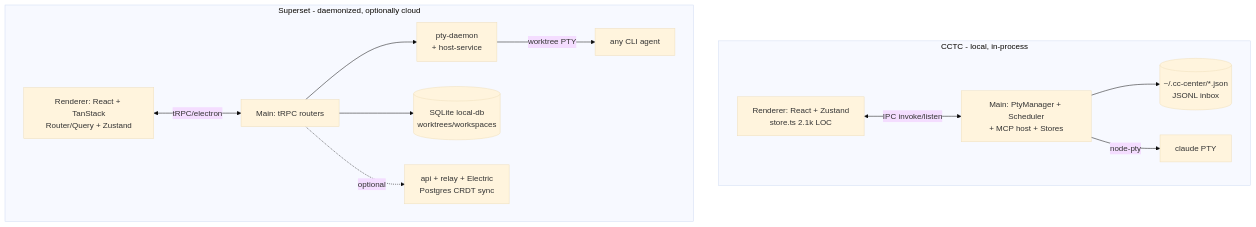
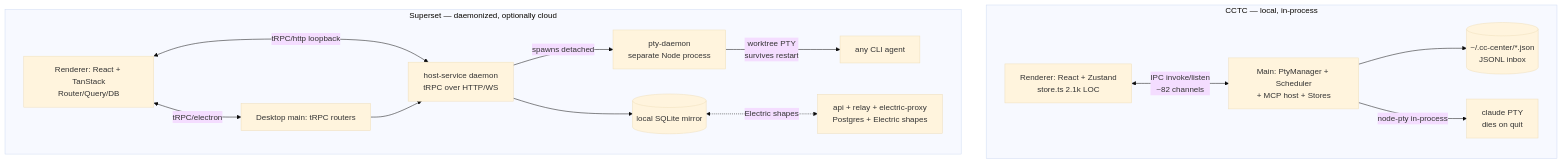
One commit to grebmann1/command-center changed the diagram in docs/superset-comparison.md. Above: the diagram before and after it, drawn with Mermaid (base theme). The commit also changed other lines of this file and 15 other files, not shown here.

````diff
--- a/docs/superset-comparison.md
+++ b/docs/superset-comparison.md
@@ -25,24 +28,27 @@
 ```mermaid
 graph TB
-    subgraph CCTC["CCTC - local, in-process"]
+    subgraph CCTC["CCTC — local, in-process"]
         R1[Renderer: React + Zustand<br/>store.ts 2.1k LOC]
         M1[Main: PtyManager + Scheduler<br/>+ MCP host + Stores]
         F1[(~/.cc-center/*.json<br/>JSONL inbox)]
-        R1 <-->|IPC invoke/listen| M1
+        R1 <-->|IPC invoke/listen<br/>~82 channels| M1
         M1 --> F1
-        M1 -->|node-pty| P1[claude PTY]
+        M1 -->|node-pty in-process| P1[claude PTY<br/>dies on quit]
     end
 
-    subgraph SS["Superset - daemonized, optionally cloud"]
-        R2[Renderer: React + TanStack<br/>Router/Query + Zustand]
-        M2[Main: tRPC routers]
-        D2[pty-daemon<br/>+ host-service]
-        DB2[(SQLite local-db<br/>worktrees/workspaces)]
-        Cloud[api + relay + Electric<br/>Postgres CRDT sync]
+    subgraph SS["Superset — daemonized, optionally cloud"]
+        R2[Renderer: React + TanStack<br/>Router/Query/DB]
+        M2[Desktop main: tRPC routers]
+        HS[host-service daemon<br/>tRPC over HTTP/WS]
+        D2[pty-daemon<br/>separate Node process]
+        DB2[(local SQLite mirror)]
+        Cloud[api + relay + electric-proxy<br/>Postgres + Electric shapes]
         R2 <-->|tRPC/electron| M2
-        M2 --> D2
-        D2 -->|worktree PTY| P2[any CLI agent]
-        M2 --> DB2
-        M2 -.optional.-> Cloud
+        R2 <-->|tRPC/http loopback| HS
+        M2 --> HS
+        HS -->|spawns detached| D2
+        D2 -->|worktree PTY<br/>survives restart| P2[any CLI agent]
+        HS --> DB2
+        DB2 <-.Electric shapes.-> Cloud
     end
 ```
````
